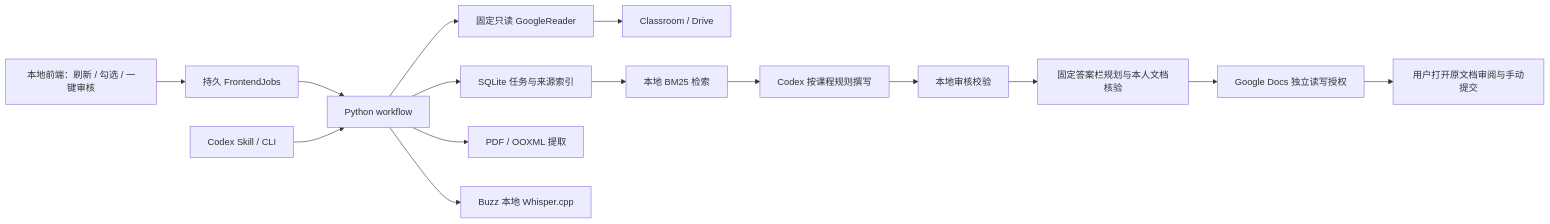
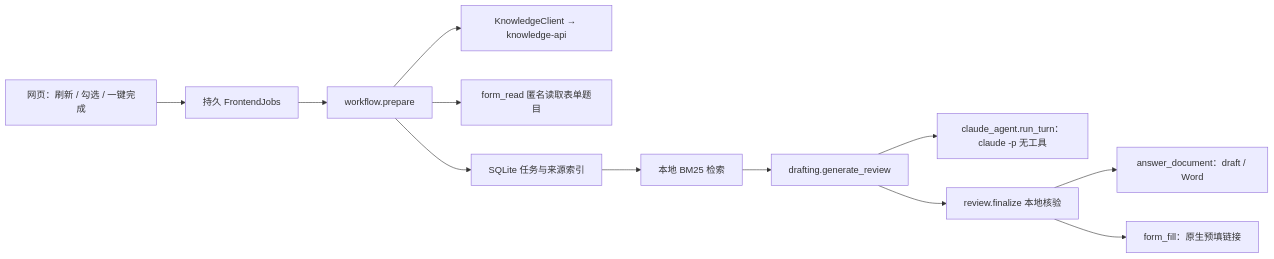
The diagram in docs/architecture.md (shu2223/classroomautowork), drawn with Mermaid before and after one commit. The commit also changed other lines of this file and 65 other files, not shown here.

First line of the commit message:
Run on the mini PC: course data from the knowledge API, answers from Claude

````diff
--- a/docs/architecture.md
+++ b/docs/architecture.md
@@ -3,17 +3,14 @@
 ```mermaid
 flowchart LR
-  UI[本地前端：刷新 / 勾选 / 一键审核] --> J[持久 FrontendJobs]
-  J --> W[Python workflow]
-  S[Codex Skill / CLI] --> W
-  W --> G[固定只读 GoogleReader]
-  G --> C[Classroom / Drive]
+  UI[网页：刷新 / 勾选 / 一键完成] --> J[持久 FrontendJobs]
+  J --> W[workflow.prepare]
+  W --> K[KnowledgeClient → knowledge-api]
+  W --> FR[form_read 匿名读取表单题目]
   W --> T[SQLite 任务与来源索引]
-  W --> E[PDF / OOXML 提取]
-  W --> B[Buzz 本地 Whisper.cpp]
   T --> R[本地 BM25 检索]
-  R --> D[Codex 按课程规则撰写]
-  D --> V[本地审核校验]
-  V --> F[固定答案栏规划与本人文档核验]
-  F --> GD[Google Docs 独立读写授权]
-  GD --> H[用户打开原文档审阅与手动提交]
+  R --> D[drafting.generate_review]
+  D --> C[claude_agent.run_turn：claude -p 无工具]
+  D --> V[review.finalize 本地核验]
+  V --> A[answer_document：draft / Word]
+  V --> FF[form_fill：原生预填链接]
 ```
````
